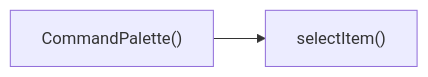
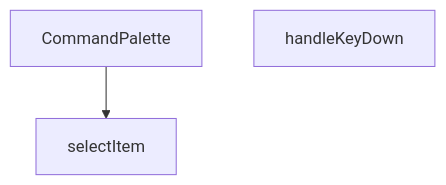
Before and after one commit to peckop/venthub-hvac-esite: the diagram in src/components/admin/CommandPalette.md, drawn with Mermaid. The commit also changed other lines of this file and 488 other files, not shown here.

````diff
--- a/src/components/admin/CommandPalette.md
+++ b/src/components/admin/CommandPalette.md
@@ -204,4 +172,7 @@
 ```mermaid
-graph LR
-    CommandPalette["CommandPalette()"] --> selectItem["selectItem()"]
+graph TD
+    CommandPalette_tsx__CommandPalette["CommandPalette"]
+    CommandPalette_tsx__handleKeyDown["handleKeyDown"]
+    CommandPalette_tsx__selectItem["selectItem"]
+    CommandPalette_tsx__CommandPalette --> CommandPalette_tsx__selectItem
 ```
````
